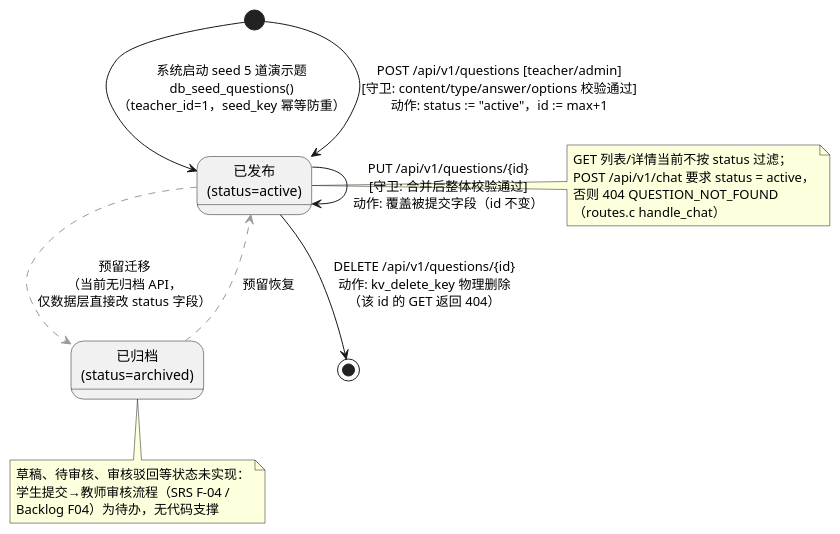
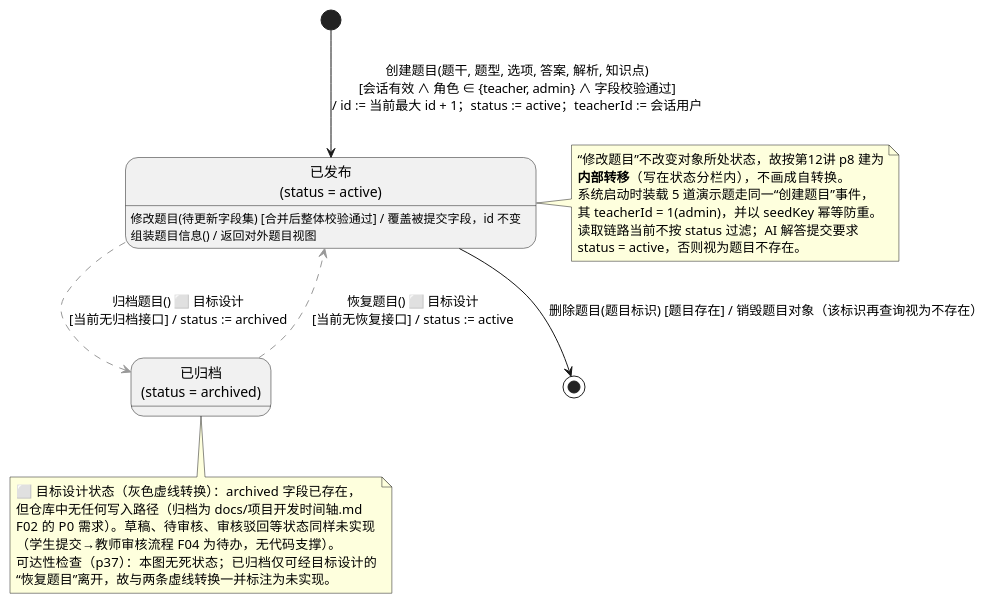
Before and after one commit to Araaaagorn/ai-question-bank: the diagram in OOA_OOD/diagrams/state/st1_question.puml, drawn with PlantUML. The commit also changed 86 other files, not shown here.

```diff
--- a/OOA_OOD/diagrams/state/st1_question.puml
+++ b/OOA_OOD/diagrams/state/st1_question.puml
@@ -1,33 +1,47 @@
 @startuml st1_question
-' 状态图1：题目生命周期（业务对象状态）
+' AI+题库智能教学平台 — 图2-11 状态图1：题目（Question）生命周期
+' 课程依据（第12讲）：
+'   p6/p8  状态是对象生命期的一个阶段，按属性值划分等价类；状态名描述“所处的状态”而非动作
+'   p8     内部转移：事件发生不导致状态改变，写在状态的内部转移分栏（不画成自转换）
+'   p17    转换串格式：事件名[(用逗号分隔的参数表)] [监护条件] [/动作表达式]
+'   p19/20 状态内转移用 UML 内置关键字 entry / exit / do；不可用这三个关键字命名事件
+'   p22    源状态与目标状态相同的“状态间转移”会先执行 exit 再执行 entry，与内部转移不同
+'   p37    建模后须检查可达性与死状态
+' 说明：当前实现中题目创建即 active；无草稿/待审核状态（学生提交审核为 ⬜ 目标功能）；
+'       archived 仅为保留字段，无任何接口可写入 → 相关转换以灰色虚线标注为 ⬜ 目标设计。
 ' 依据：server/src/db.c(db_seed_questions)、routes.c(handle_question_create/update/delete、
-'       handle_chat 的 status 检查)、docs/questions.md
-' 说明：当前实现中题目创建即 active；无草稿/待审核状态（学生提交审核为待办功能）；
-'       archived 仅为保留字段，无任何 API 可写入（灰色虚线表示预留迁移）
+'       handle_chat 的 status 检查)、docs/questions.md、docs/项目开发时间轴.md F02（归档为 P0 需求）
 skinparam shadowing false
 
-state "已发布\n(status=active)" as Published
-state "已归档\n(status=archived)" as Archived <<预留状态>>
+state "已发布\n(status = active)" as Published {
+  Published : 修改题目(待更新字段集) [合并后整体校验通过] / 覆盖被提交字段，id 不变
+  Published : 组装题目信息() / 返回对外题目视图
+}
 
-[*] --> Published : 系统启动 seed 5 道演示题\ndb_seed_questions()\n（teacher_id=1，seed_key 幂等防重）
-[*] --> Published : POST /api/v1/questions [teacher/admin]\n[守卫: content/type/answer/options 校验通过]\n动作: status := "active"，id := max+1
+state "已归档\n(status = archived)" as Archived <<目标设计>>
 
-Published --> Published : PUT /api/v1/questions/{id}\n[守卫: 合并后整体校验通过]\n动作: 覆盖被提交字段（id 不变）
-Published --> [*] : DELETE /api/v1/questions/{id}\n动作: kv_delete_key 物理删除\n（该 id 的 GET 返回 404）
+[*] --> Published : 创建题目(题干, 题型, 选项, 答案, 解析, 知识点)\n[会话有效 ∧ 角色 ∈ {teacher, admin} ∧ 字段校验通过]\n/ id := 当前最大 id + 1；status := active；teacherId := 会话用户
 
-Published -[#999999,dashed]-> Archived : 预留迁移\n（当前无归档 API，\n仅数据层直接改 status 字段）
-Archived -[#999999,dashed]-> Published : 预留恢复
+Published --> [*] : 删除题目(题目标识) [题目存在] / 销毁题目对象（该标识再查询视为不存在）
+
+Published -[#999999,dashed]-> Archived : 归档题目() ⬜ 目标设计\n[当前无归档接口] / status := archived
+Archived -[#999999,dashed]-> Published : 恢复题目() ⬜ 目标设计\n[当前无恢复接口] / status := active
 
 note right of Published
-  GET 列表/详情当前不按 status 过滤；
-  POST /api/v1/chat 要求 status = active，
-  否则 404 QUESTION_NOT_FOUND
-  （routes.c handle_chat）
+  “修改题目”不改变对象所处状态，故按第12讲 p8 建为
+  **内部转移**（写在状态分栏内），不画成自转换。
+  系统启动时装载 5 道演示题走同一“创建题目”事件，
+  其 teacherId = 1(admin)，并以 seedKey 幂等防重。
+  读取链路当前不按 status 过滤；AI 解答提交要求
+  status = active，否则视为题目不存在。
 end note
 
 note bottom of Archived
-  草稿、待审核、审核驳回等状态未实现：
-  学生提交→教师审核流程（SRS F-04 /
-  Backlog F04）为待办，无代码支撑
+  ⬜ 目标设计状态（灰色虚线转换）：archived 字段已存在，
+  但仓库中无任何写入路径（归档为 docs/项目开发时间轴.md
+  F02 的 P0 需求）。草稿、待审核、审核驳回等状态同样未实现
+  （学生提交→教师审核流程 F04 为待办，无代码支撑）。
+  可达性检查（p37）：本图无死状态；已归档仅可经目标设计的
+  “恢复题目”离开，故与两条虚线转换一并标注为未实现。
 end note
 @enduml
```
